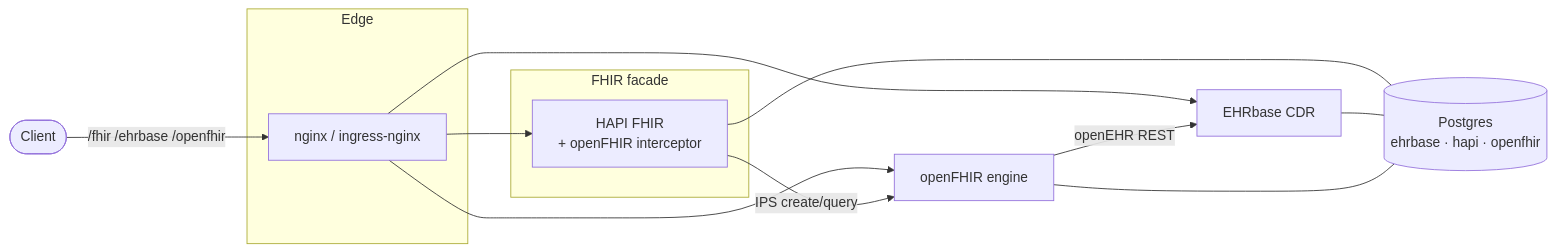
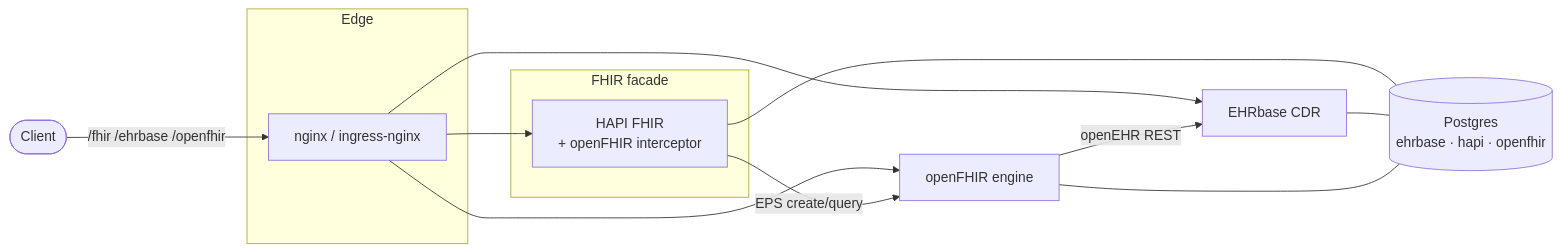
One commit to joostholslag/Open-health-stack changed the diagram in README.md. Above: the diagram before and after it, drawn with Mermaid. The commit also changed other lines of this file and 37 other files, not shown here.

````diff
--- a/README.md
+++ b/README.md
@@ -26,23 +31,23 @@
 ```mermaid
 flowchart LR
     client([Client])
     subgraph edge[Edge]
         nginx[nginx / ingress-nginx]
     end
     subgraph fhir[FHIR facade]
         hapi[HAPI FHIR<br/>+ openFHIR interceptor]
     end
     openfhir[openFHIR engine]
     ehrbase[EHRbase CDR]
     pg[(Postgres<br/>ehrbase · hapi · openfhir)]
 
 client -->|/fhir /ehrbase /openfhir|nginx
 nginx --> hapi
 nginx --> ehrbase
 nginx --> openfhir
-hapi -->|IPS create/query|openfhir
+hapi -->|EPS create/query|openfhir
 openfhir -->|openEHR REST|ehrbase
 hapi --- pg
 ehrbase --- pg
 openfhir --- pg
 ```
````
